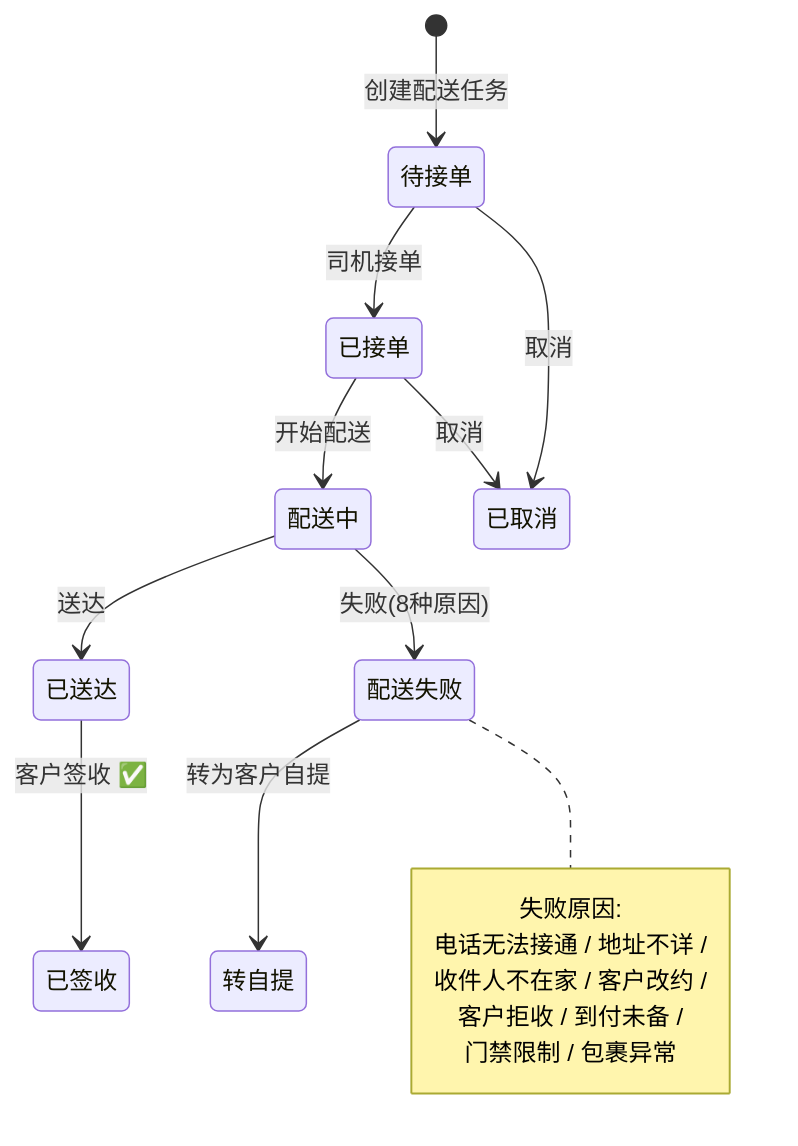
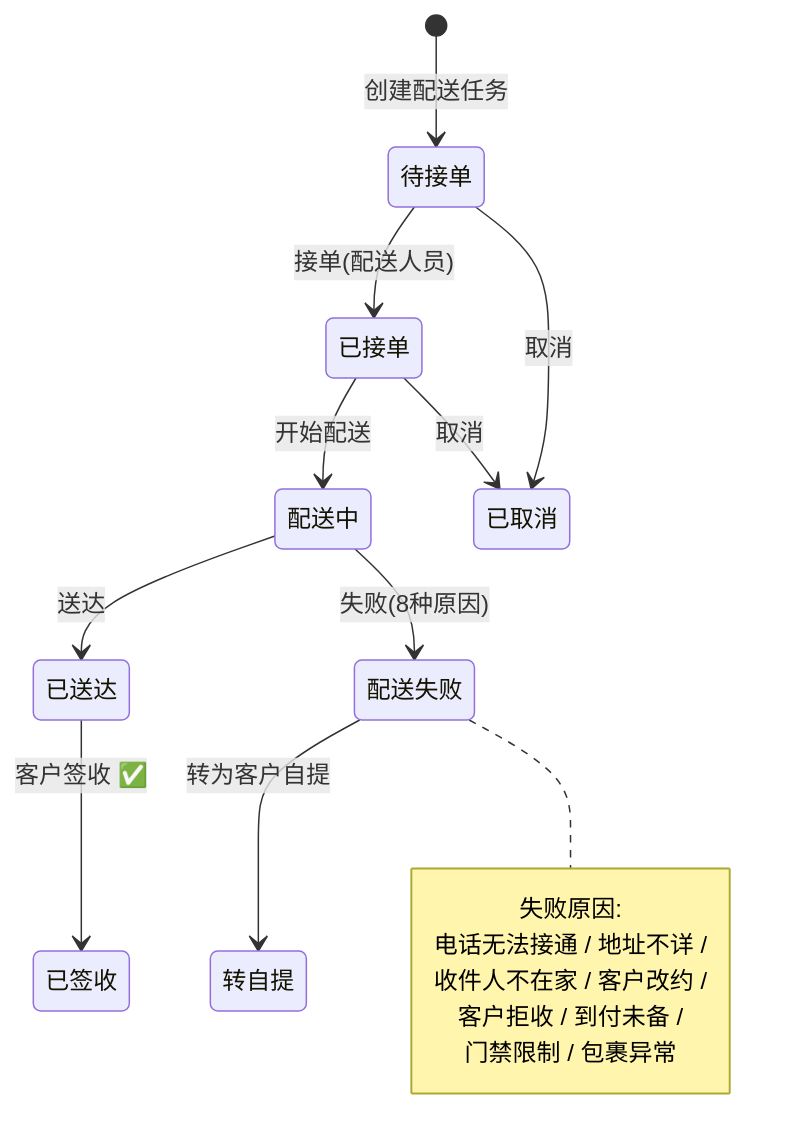
Diagram 18 of 27 in .kiro/specs/full-system-requirements/modules/00-系统总体需求规格说明书-20260408.md (Yitiaoyu686/logistics-app), drawn with Mermaid before and after one commit. The commit also changed other lines of this file, not shown here.

````diff
--- a/.kiro/specs/full-system-requirements/modules/00-系统总体需求规格说明书-20260408.md
+++ b/.kiro/specs/full-system-requirements/modules/00-系统总体需求规格说明书-20260408.md
@@ -726,22 +757,22 @@
 ```mermaid
 stateDiagram-v2
     [*] --> 待接单: 创建配送任务
-    待接单 --> 已接单: 司机接单
+    待接单 --> 已接单: 接单(配送人员)
     已接单 --> 配送中: 开始配送
     配送中 --> 已送达: 送达
     已送达 --> 已签收: 客户签收 ✅
     
     配送中 --> 配送失败: 失败(8种原因)
     配送失败 --> 转自提: 转为客户自提
 
     待接单 --> 已取消: 取消
     已接单 --> 已取消: 取消
 
     note right of 配送失败
         失败原因:
         电话无法接通 / 地址不详 /
         收件人不在家 / 客户改约 /
         客户拒收 / 到付未备 /
         门禁限制 / 包裹异常
     end note
 ```
````
